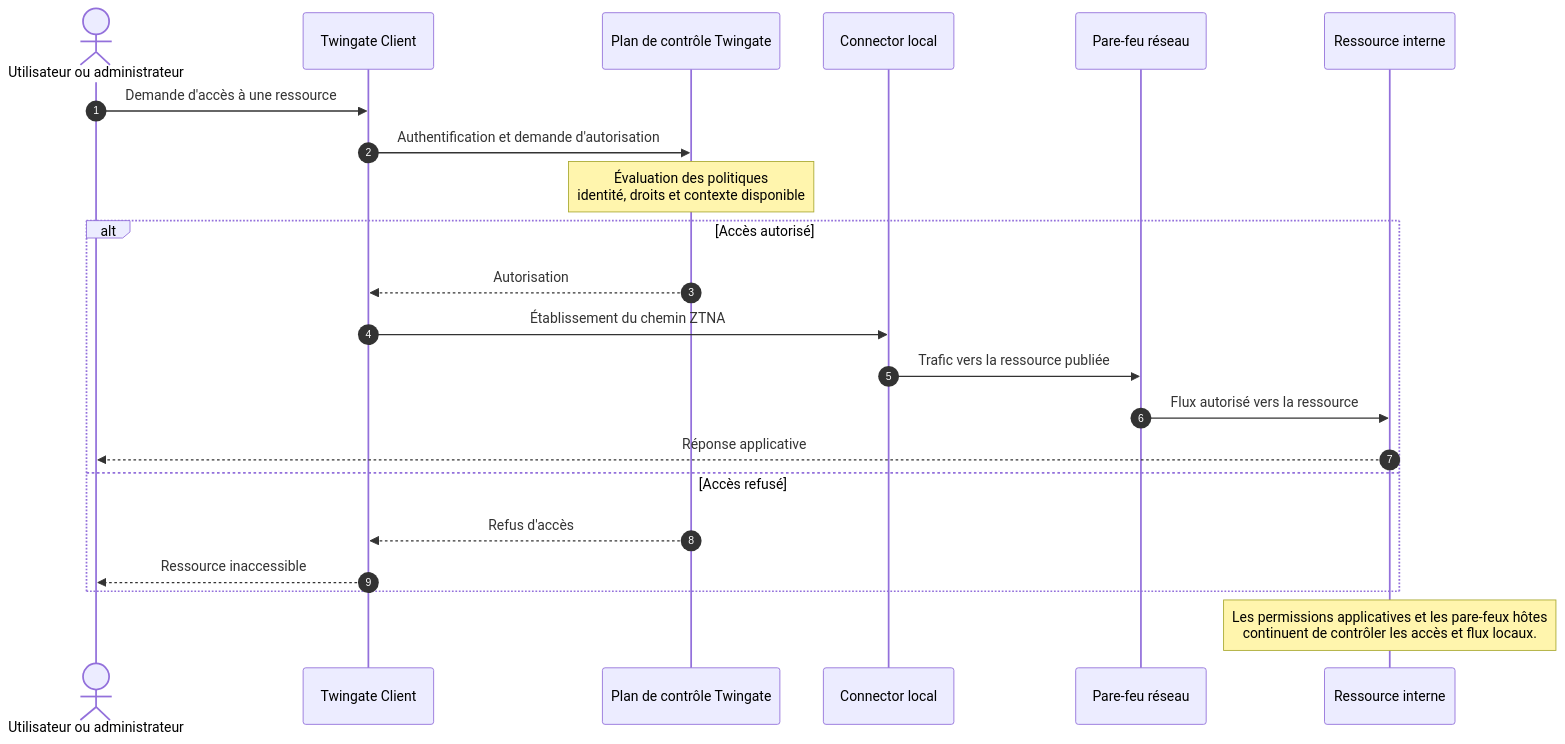
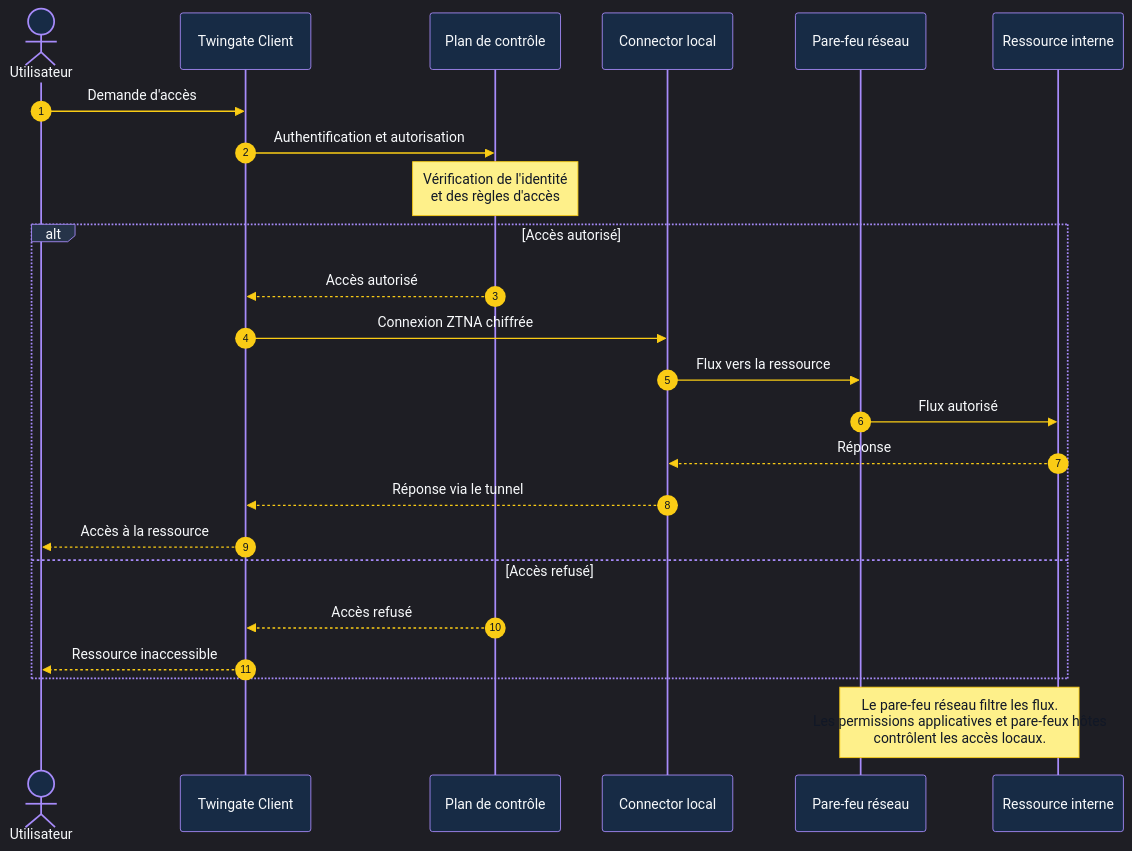
Before and after one commit to Chanc-111/Chanc-111: the diagram in projects/01-zero-trust-architecture/diagrams/03-ztna-access-flow.mmd, drawn with Mermaid.

Commit message:
Improve ZTNA sequence diagram contrast and simplify flow

```diff
--- a/projects/01-zero-trust-architecture/diagrams/03-ztna-access-flow.mmd
+++ b/projects/01-zero-trust-architecture/diagrams/03-ztna-access-flow.mmd
@@ -1,25 +1,28 @@
+%%{init: {"theme":"dark","themeVariables":{"background":"#0b1220","primaryColor":"#172b45","primaryTextColor":"#f8fafc","primaryBorderColor":"#a78bfa","lineColor":"#facc15","actorBkg":"#172b45","actorBorder":"#a78bfa","actorTextColor":"#f8fafc","actorLineColor":"#a78bfa","signalColor":"#facc15","signalTextColor":"#f8fafc","labelBoxBkgColor":"#263449","labelBoxBorderColor":"#a78bfa","labelTextColor":"#f8fafc","loopTextColor":"#f8fafc","noteBkgColor":"#fef08a","noteBorderColor":"#facc15","noteTextColor":"#111827","activationBkgColor":"#263449","activationBorderColor":"#a78bfa","sequenceNumberColor":"#0b1220","fontFamily":"Arial","fontSize":"14px"},"sequence":{"useMaxWidth":true,"diagramMarginX":24,"diagramMarginY":16,"actorMargin":48,"messageMargin":28,"noteMargin":12}}}%%
 sequenceDiagram
     autonumber
-    actor User as Utilisateur ou administrateur
+    actor User as Utilisateur
     participant Client as Twingate Client
-    participant Control as Plan de contrôle Twingate
+    participant Control as Plan de contrôle
     participant Connector as Connector local
     participant FW as Pare-feu réseau
     participant Resource as Ressource interne
 
-    User->>Client: Demande d'accès à une ressource
-    Client->>Control: Authentification et demande d'autorisation
-    Note over Control: Évaluation des politiques<br/>identité, droits et contexte disponible
+    User->>Client: Demande d'accès
+    Client->>Control: Authentification et autorisation
+    Note over Control: Vérification de l'identité<br/>et des règles d'accès
 
     alt Accès autorisé
-        Control-->>Client: Autorisation
-        Client->>Connector: Établissement du chemin ZTNA
-        Connector->>FW: Trafic vers la ressource publiée
-        FW->>Resource: Flux autorisé vers la ressource
-        Resource-->>User: Réponse applicative
+        Control-->>Client: Accès autorisé
+        Client->>Connector: Connexion ZTNA chiffrée
+        Connector->>FW: Flux vers la ressource
+        FW->>Resource: Flux autorisé
+        Resource-->>Connector: Réponse
+        Connector-->>Client: Réponse via le tunnel
+        Client-->>User: Accès à la ressource
     else Accès refusé
-        Control-->>Client: Refus d'accès
+        Control-->>Client: Accès refusé
         Client-->>User: Ressource inaccessible
     end
 
-    Note over Resource: Les permissions applicatives et les pare-feux hôtes<br/>continuent de contrôler les accès et flux locaux.
+    Note over FW,Resource: Le pare-feu réseau filtre les flux.<br/>Les permissions applicatives et pare-feux hôtes<br/>contrôlent les accès locaux.
```
